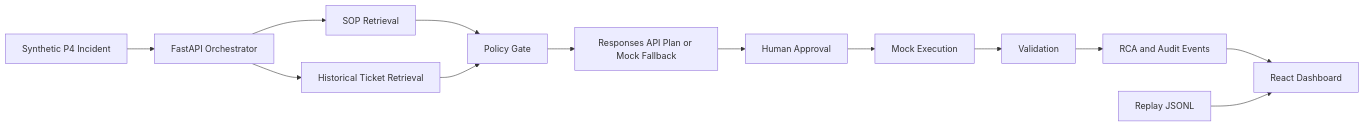
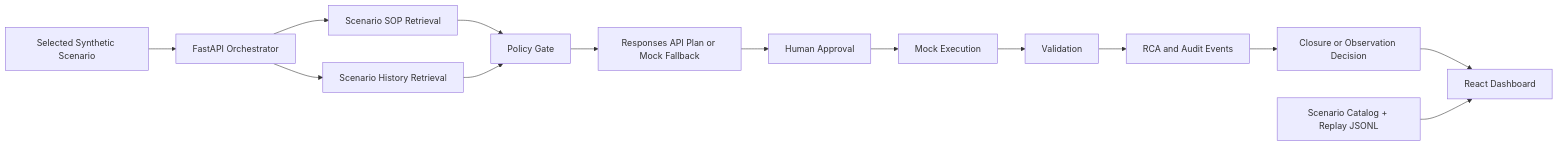
Before and after one commit to praveenraj-techie/nexus-resolve: the diagram in docs/architecture.md, drawn with Mermaid. The commit also changed other lines of this file and 67 other files, not shown here.

````diff
--- a/docs/architecture.md
+++ b/docs/architecture.md
@@ -8,15 +8,16 @@
 ```mermaid
 flowchart LR
-  A["Synthetic P4 Incident"] --> B["FastAPI Orchestrator"]
-  B --> C["SOP Retrieval"]
-  B --> D["Historical Ticket Retrieval"]
+  A["Selected Synthetic Scenario"] --> B["FastAPI Orchestrator"]
+  B --> C["Scenario SOP Retrieval"]
+  B --> D["Scenario History Retrieval"]
   C --> E["Policy Gate"]
   D --> E
   E --> F["Responses API Plan or Mock Fallback"]
   F --> G["Human Approval"]
   G --> H["Mock Execution"]
   H --> I["Validation"]
   I --> J["RCA and Audit Events"]
-  J --> K["React Dashboard"]
-  L["Replay JSONL"] --> K
+  J --> K["Closure or Observation Decision"]
+  K --> L["React Dashboard"]
+  M["Scenario Catalog + Replay JSONL"] --> L
 ```
````
